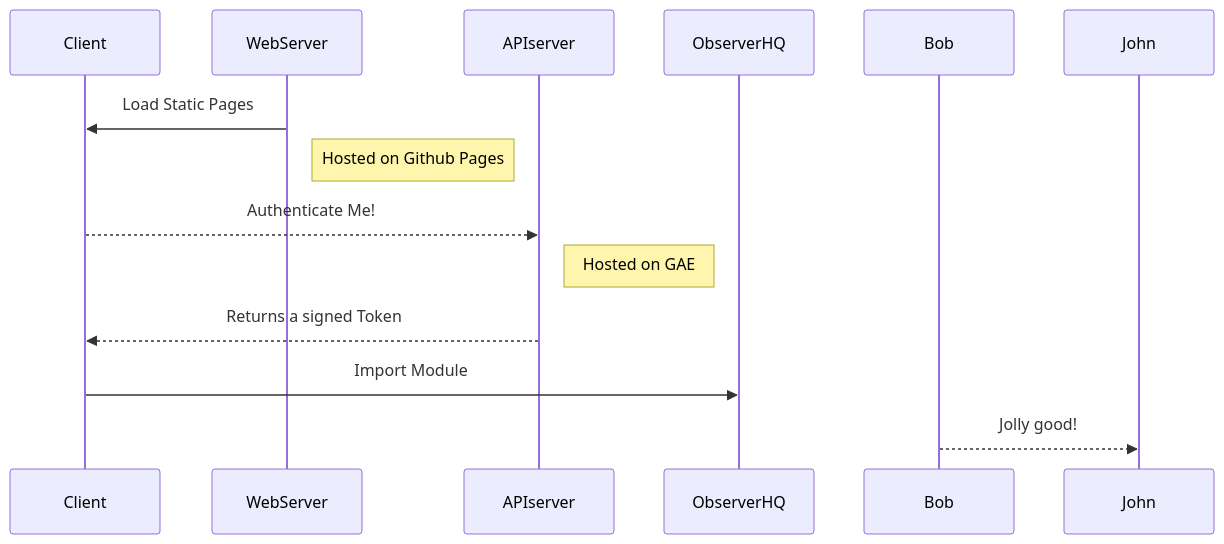
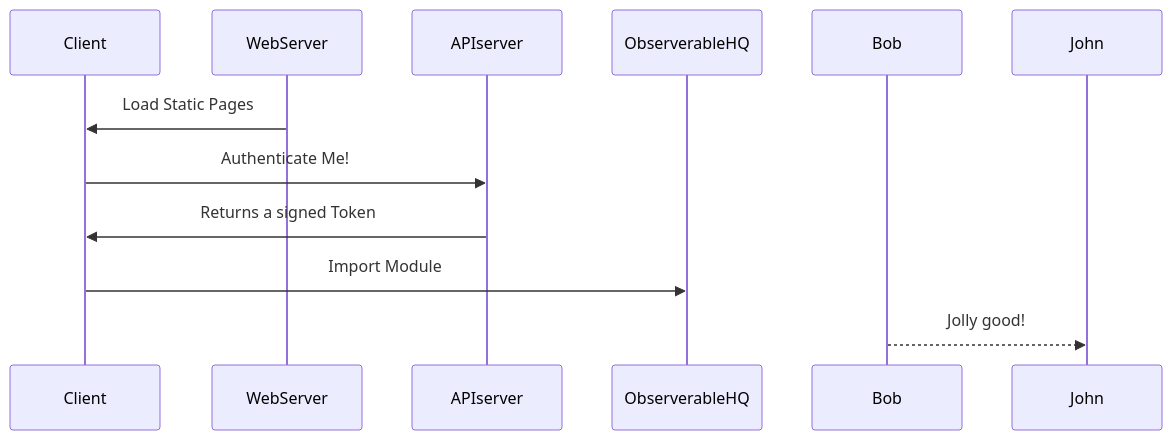
Before and after one commit to wiless/wiless.github.io: the diagram in _tutorial/writingapiservice.md, drawn with Mermaid.

```diff
--- a/_tutorial/writingapiservice.md
+++ b/_tutorial/writingapiservice.md
@@ -13,14 +13,13 @@
 <div class="mermaid">
 sequenceDiagram
     participant Client
     participant WebServer
     participant APIserver    
-    WebServer->>Client: Load Static Pages
-    Note right of WebServer: Hosted on Github Pages    
-    Client-->>APIserver: Authenticate Me!
-    Note right of APIserver: Hosted on GAE    
-    APIserver-->>Client: Returns a signed Token
-    Client->>ObserverHQ: Import Module
+    participant ObserverableHQ
+    WebServer->>Client: Load Static Pages    
+    Client->>APIserver: Authenticate Me!    
+    APIserver->>Client: Returns a signed Token
+    Client->>ObserverableHQ: Import Module
     Bob-->>John: Jolly good!
 
 </div>
```
